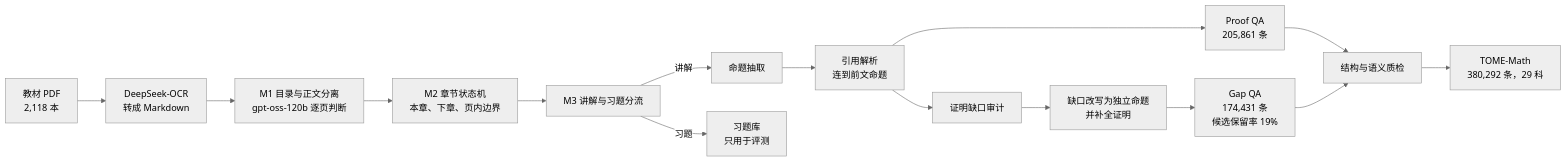
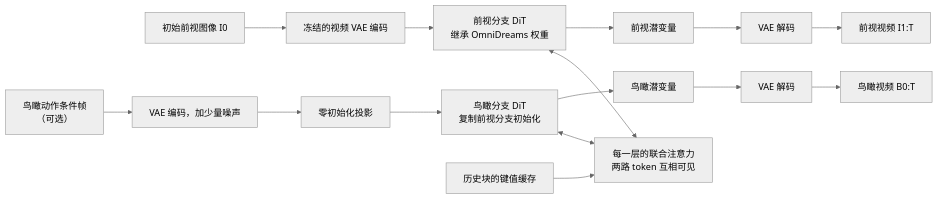
The second of 5 diagrams in docs/index.md (yingwang/paper-reads), drawn with Mermaid (neutral theme) before and after one commit. The commit also changed other lines of this file and 2 other files, not shown here.

````diff
--- a/docs/index.md
+++ b/docs/index.md
@@ -135,17 +155,13 @@
 ```mermaid
-graph LR
-  P["教材 PDF<br/>2,118 本"] --> O["DeepSeek-OCR<br/>转成 Markdown"]
-  O --> T["M1 目录与正文分离<br/>gpt-oss-120b 逐页判断"]
-  T --> S["M2 章节状态机<br/>本章、下章、页内边界"]
-  S --> X["M3 讲解与习题分流"]
-  X -->|讲解| E1["命题抽取"]
-  X -->|习题| R["习题库<br/>只用于评测"]
-  E1 --> E2["引用解析<br/>连到前文命题"]
-  E2 --> PQ["Proof QA<br/>205,861 条"]
-  E2 --> E3["证明缺口审计"]
-  E3 --> E4["缺口改写为独立命题<br/>并补全证明"]
-  E4 --> GQ["Gap QA<br/>174,431 条<br/>候选保留率 19%"]
-  PQ --> Q["结构与语义质检"]
-  GQ --> Q
-  Q --> D["TOME-Math<br/>380,292 条，29 科"]
+flowchart LR
+    I0["初始前视图像 I0"] --> VE1["冻结的视频 VAE 编码"]
+    AC["鸟瞰动作条件帧<br/>（可选）"] --> VE2["VAE 编码，加少量噪声"]
+    VE1 --> P["前视分支 DiT<br/>继承 OmniDreams 权重"]
+    VE2 --> ZP["零初始化投影"]
+    ZP --> BV["鸟瞰分支 DiT<br/>复制前视分支初始化"]
+    P <--> J["每一层的联合注意力<br/>两路 token 互相可见"]
+    BV <--> J
+    KV["历史块的键值缓存"] --> J
+    P --> OP["前视潜变量"] --> DP["VAE 解码"] --> VP["前视视频 I1:T"]
+    BV --> OB["鸟瞰潜变量"] --> DB["VAE 解码"] --> VB["鸟瞰视频 B0:T"]
 ```
````
